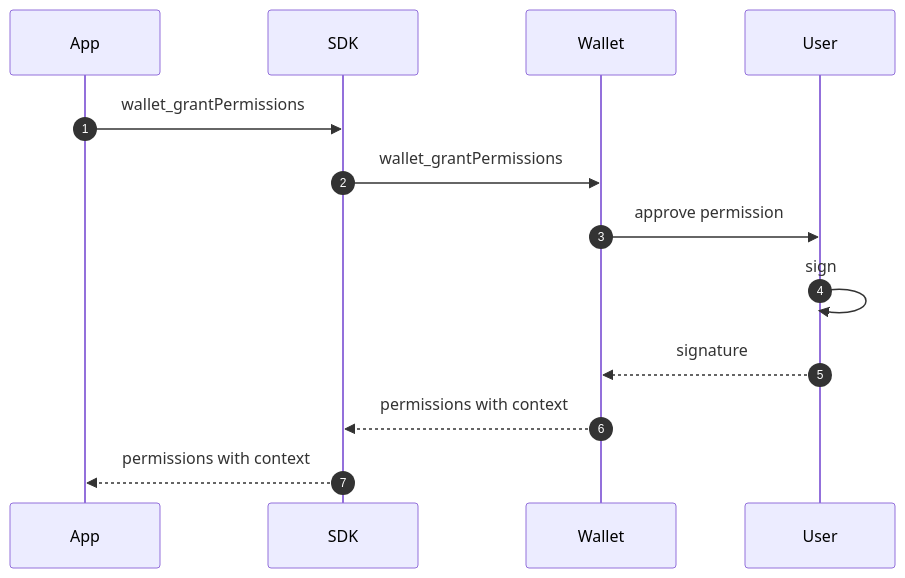
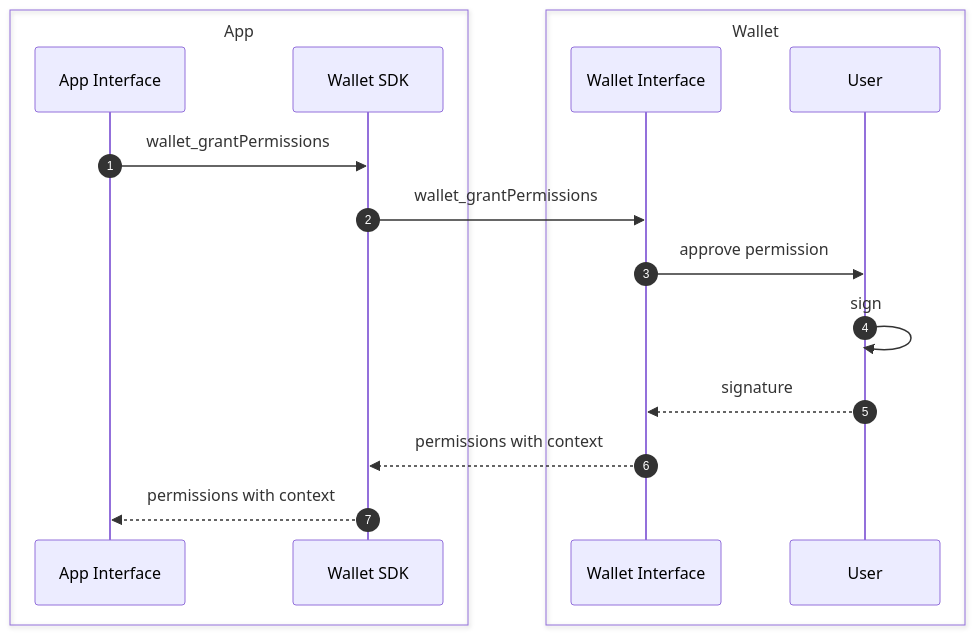
Before and after one commit to coinbase/smart-wallet-permissions: the diagram in docs/diagrams/offchain/grantPermissions.md, drawn with Mermaid. The commit also changed 11 other files, not shown here.

````diff
--- a/docs/diagrams/offchain/grantPermissions.md
+++ b/docs/diagrams/offchain/grantPermissions.md
@@ -3,16 +3,20 @@
 ```mermaid
 sequenceDiagram
     autonumber
-    participant A as App
-    participant SDK as SDK
-    participant W as Wallet
-    participant U as User
+    box transparent App
+        participant A as App Interface
+        participant SDK as Wallet SDK
+    end
+    box transparent Wallet
+        participant W as Wallet Interface
+        participant U as User
+    end
 
     A->>SDK: wallet_grantPermissions
     SDK->>W: wallet_grantPermissions
     W->>U: approve permission
     U->>U: sign
     U-->>W: signature
     W-->>SDK: permissions with context
     SDK-->>A: permissions with context
 ```
````
